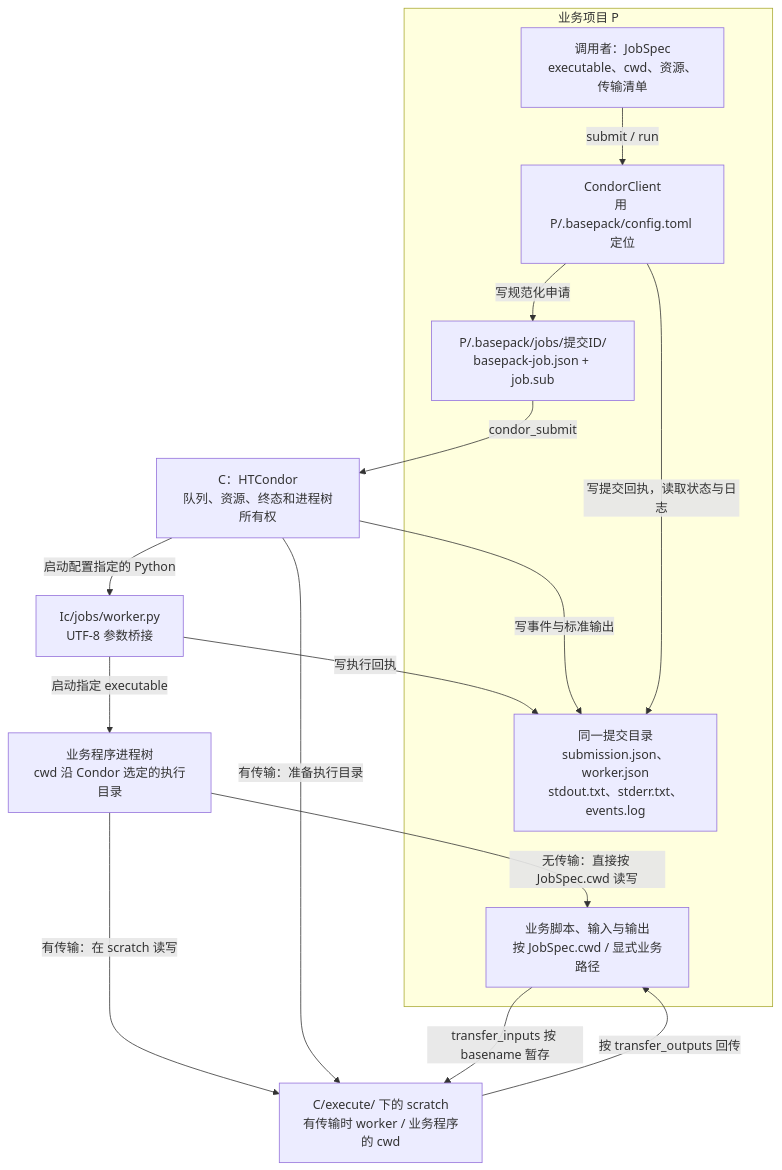
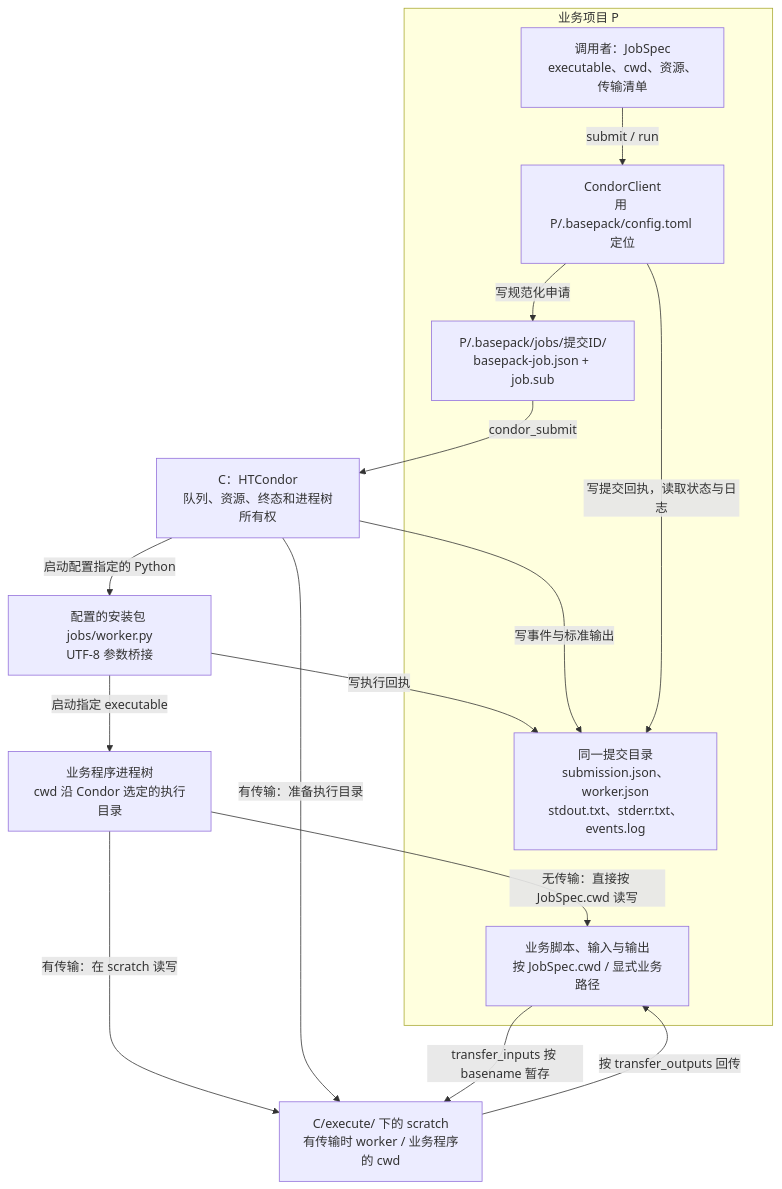
One commit to YS-Pan/basePack changed the third of 8 diagrams in devDoc/system/diagrams.md. Above: the diagram before and after it, drawn with Mermaid. The commit also changed other lines of this file and 17 other files, not shown here.

````diff
--- a/devDoc/system/diagrams.md
+++ b/devDoc/system/diagrams.md
@@ -71,23 +79,23 @@
 ```mermaid
 flowchart TB
   subgraph project["业务项目 P"]
     spec["调用者：JobSpec<br/>executable、cwd、资源、传输清单"]
     client["CondorClient<br/>用 P/.basepack/config.toml 定位"]
     payload["P/.basepack/jobs/提交ID/<br/>basepack-job.json + job.sub"]
     records["同一提交目录<br/>submission.json、worker.json<br/>stdout.txt、stderr.txt、events.log"]
     business["业务脚本、输入与输出<br/>按 JobSpec.cwd / 显式业务路径"]
     spec -->|submit / run| client
     client -->|写规范化申请| payload
     client -->|写提交回执，读取状态与日志| records
   end
   payload -->|condor_submit| scheduler["C：HTCondor<br/>队列、资源、终态和进程树所有权"]
-  scheduler -->|启动配置指定的 Python| worker["Ic/jobs/worker.py<br/>UTF-8 参数桥接"]
+  scheduler -->|启动配置指定的 Python| worker["配置的安装包 jobs/worker.py<br/>UTF-8 参数桥接"]
   worker -->|启动指定 executable| app["业务程序进程树<br/>cwd 沿 Condor 选定的执行目录"]
   app -->|无传输：直接按 JobSpec.cwd 读写| business
   worker -->|写执行回执| records
   scheduler -->|写事件与标准输出| records
   scheduler -->|有传输：准备执行目录| scratch["C/execute/ 下的 scratch<br/>有传输时 worker / 业务程序的 cwd"]
   business -->|transfer_inputs 按 basename 暂存| scratch
   app -->|有传输：在 scratch 读写| scratch
   scratch -->|按 transfer_outputs 回传| business
 ```
````
